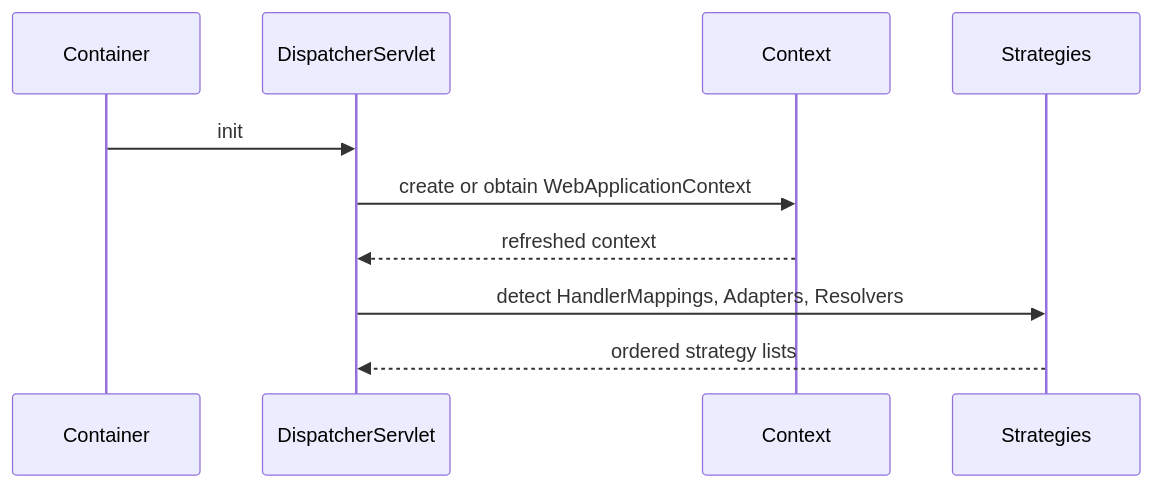
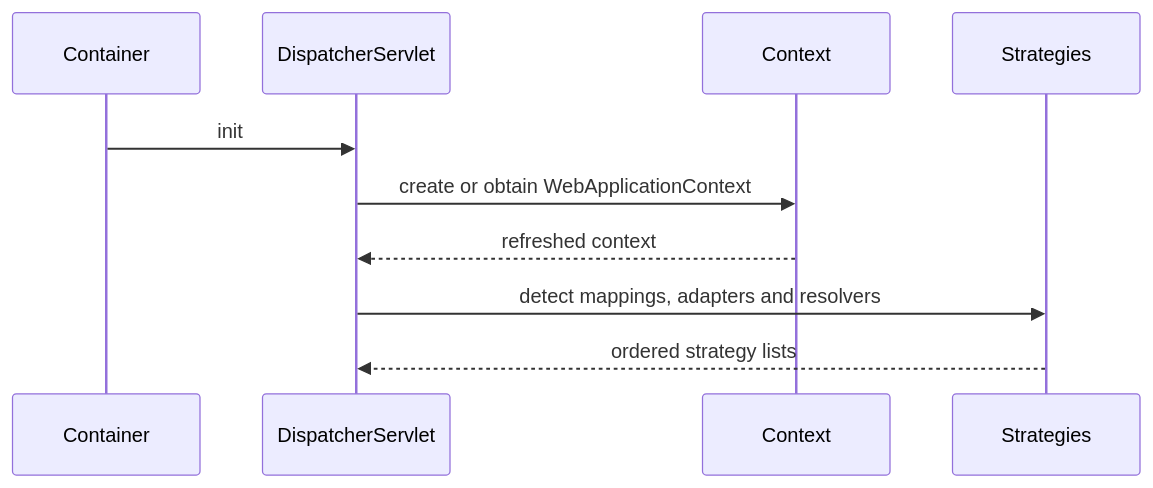
One commit to alimbetov/obsidian changed the fifth of 30 diagrams in 10_CONCEPTS/Spring/MVC/Spring MVC DispatcherServlet Visual Deep Dive.md. Above: the diagram before and after it, drawn with Mermaid. The commit also changed other lines of this file, not shown here.

Commit message:
fix: render MVC PathVariable diagram

````diff
--- a/10_CONCEPTS/Spring/MVC/Spring MVC DispatcherServlet Visual Deep Dive.md
+++ b/10_CONCEPTS/Spring/MVC/Spring MVC DispatcherServlet Visual Deep Dive.md
@@ -89,12 +89,12 @@
 ```mermaid
 sequenceDiagram
     participant Container
     participant DispatcherServlet
     participant Context
     participant Strategies
     Container->>DispatcherServlet: init
     DispatcherServlet->>Context: create or obtain WebApplicationContext
     Context-->>DispatcherServlet: refreshed context
-    DispatcherServlet->>Strategies: detect HandlerMappings, Adapters, Resolvers
+    DispatcherServlet->>Strategies: detect mappings, adapters and resolvers
     Strategies-->>DispatcherServlet: ordered strategy lists
 ```
````
